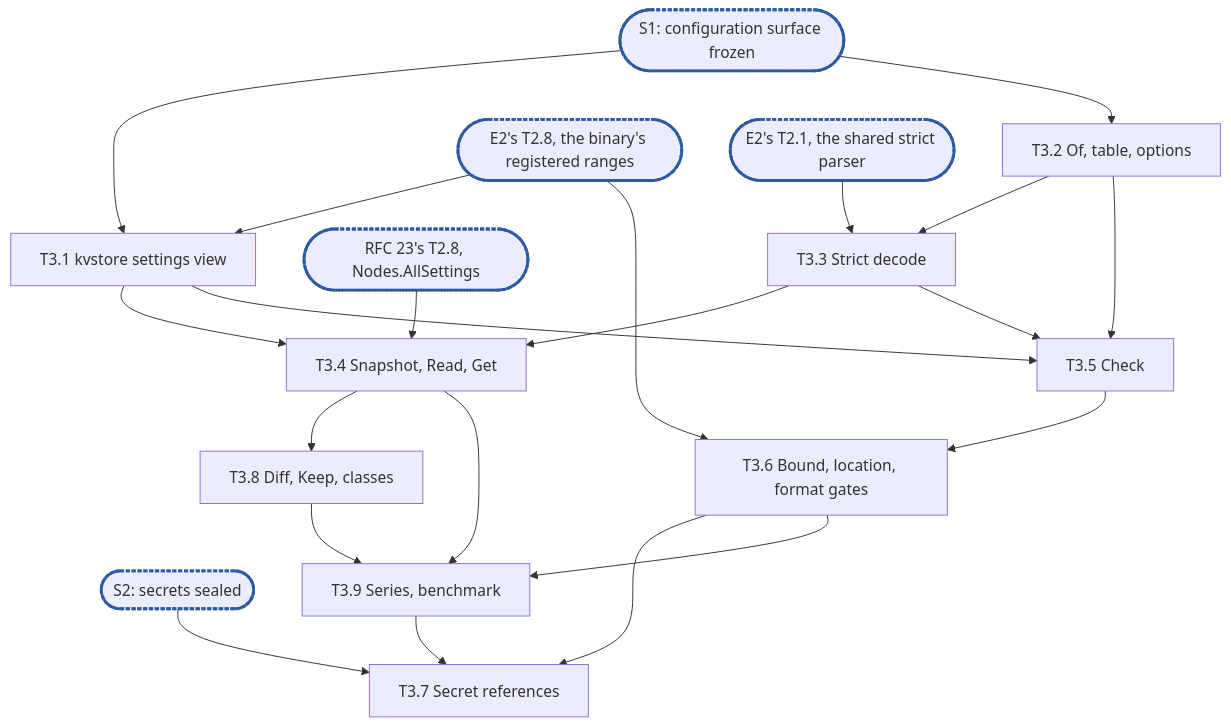
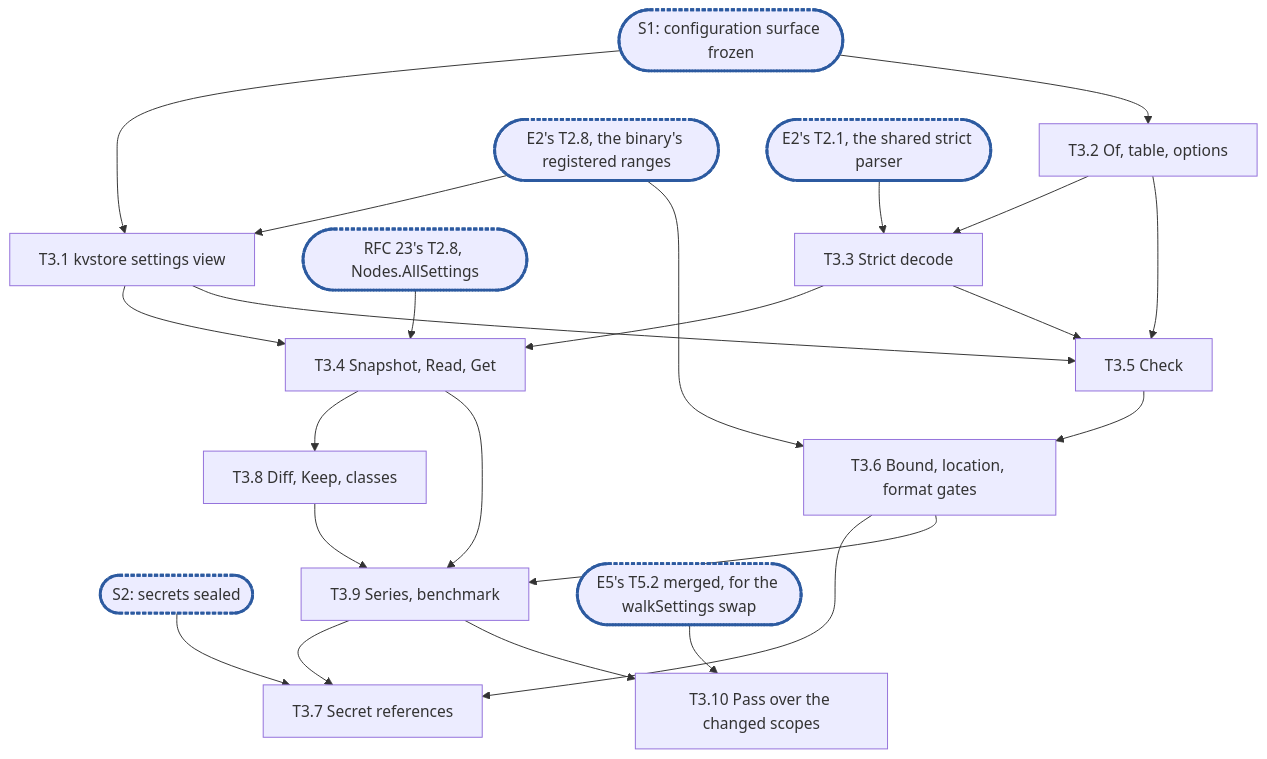
One commit to cubbit/dittofs changed the diagram in .planning/rfc-13-config-epic3.md. Above: the diagram before and after it, drawn with Mermaid. The commit also changed other lines of this file and 3 other files, not shown here.

````diff
--- a/.planning/rfc-13-config-epic3.md
+++ b/.planning/rfc-13-config-epic3.md
@@ -727,19 +811,21 @@
 ```mermaid
 flowchart TD
   S1(["S1: configuration surface frozen"]):::sync --> T3_1["T3.1 kvstore settings view"]
   S1 --> T3_2["T3.2 Of, table, options"]
   T2_8(["E2's T2.8, the binary's registered ranges"]):::sync --> T3_1
   T2_8 --> T3_6
   N2_8(["RFC 23's T2.8, Nodes.AllSettings"]):::sync --> T3_4
   T2_1(["E2's T2.1, the shared strict parser"]):::sync --> T3_3
   T3_2 --> T3_3["T3.3 Strict decode"]
   T3_1 & T3_3 --> T3_4["T3.4 Snapshot, Read, Get"]
   T3_1 & T3_2 & T3_3 --> T3_5["T3.5 Check"]
   T3_5 --> T3_6["T3.6 Bound, location, format gates"]
   S2(["S2: secrets sealed"]):::sync --> T3_7["T3.7 Secret references"]
   T3_6 --> T3_7
   T3_9 --> T3_7
   T3_4 --> T3_8["T3.8 Diff, Keep, classes"]
   T3_4 & T3_6 & T3_8 --> T3_9["T3.9 Series, benchmark"]
+  T3_9 --> T3_10["T3.10 Pass over the changed scopes"]
+  T5_2(["E5's T5.2 merged, for the walkSettings swap"]):::sync --> T3_10
   classDef sync stroke:#2c5aa0,stroke-width:3px,stroke-dasharray:4 2
 ```
````
